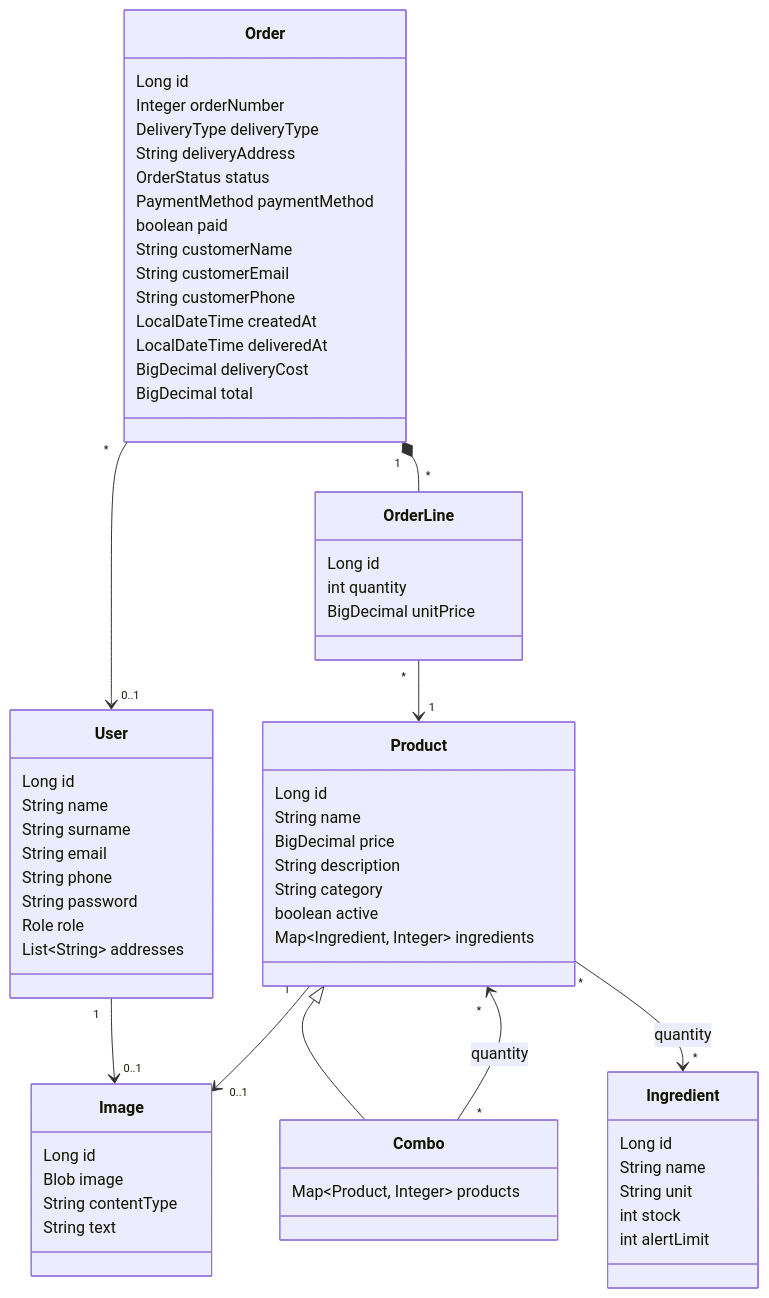
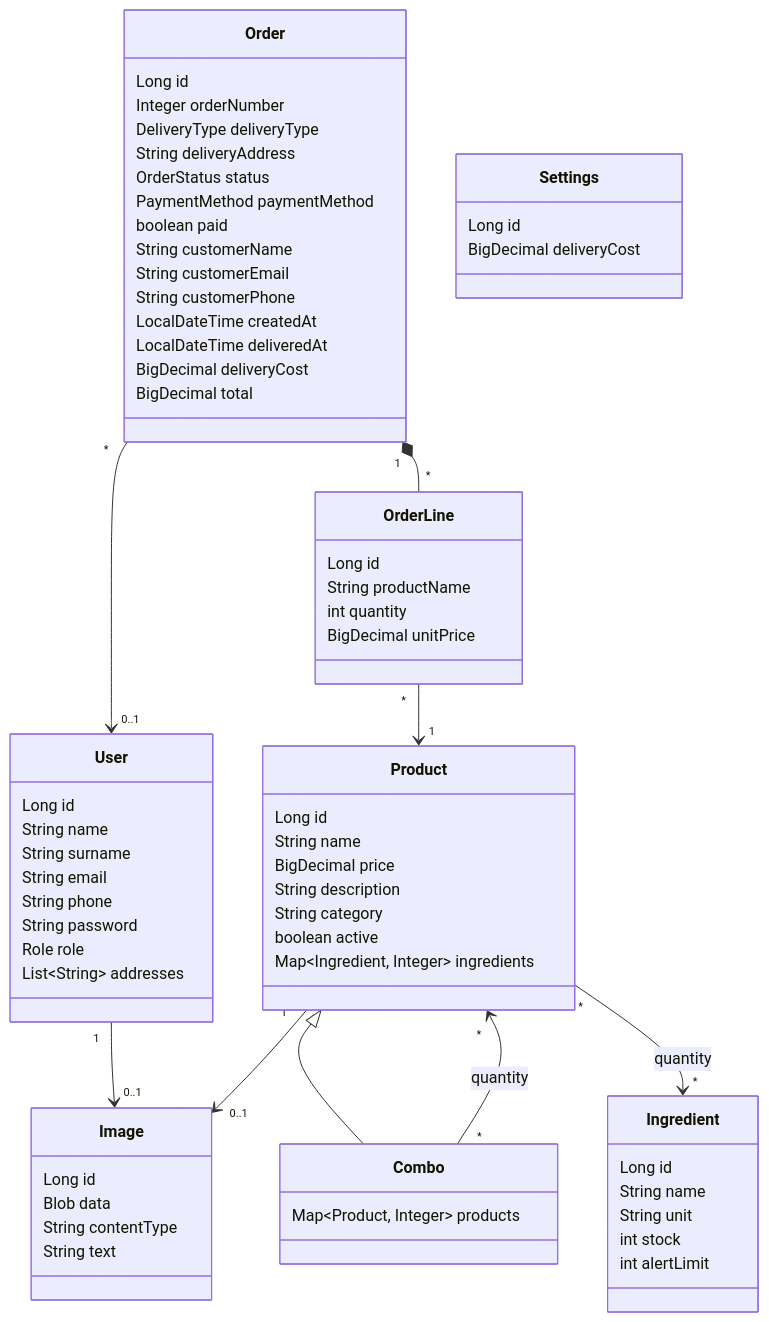
One commit to codeurjc-students/2026-Kombo changed the first of 3 diagrams in docs/development-guide.md. Above: the diagram before and after it, drawn with Mermaid. The commit also changed other lines of this file and 6 other files, not shown here.

First line of the commit message:
Document the cart, the checkout and the delivery cost settings

````diff
--- a/docs/development-guide.md
+++ b/docs/development-guide.md
@@ -77,68 +77,73 @@
 ```mermaid
 classDiagram
     class User {
         Long id
         String name
         String surname
         String email
         String phone
         String password
         Role role
         List~String~ addresses
     }
     class Image {
         Long id
-        Blob image
+        Blob data
         String contentType
         String text
     }
     class Ingredient {
         Long id
         String name
         String unit
         int stock
         int alertLimit
     }
     class Product {
         Long id
         String name
         BigDecimal price
         String description
         String category
         boolean active
         Map~Ingredient, Integer~ ingredients
     }
     class Combo {
         Map~Product, Integer~ products
     }
     class Order {
         Long id
         Integer orderNumber
         DeliveryType deliveryType
         String deliveryAddress
         OrderStatus status
         PaymentMethod paymentMethod
         boolean paid
         String customerName
         String customerEmail
         String customerPhone
         LocalDateTime createdAt
         LocalDateTime deliveredAt
         BigDecimal deliveryCost
         BigDecimal total
     }
     class OrderLine {
         Long id
+        String productName
         int quantity
         BigDecimal unitPrice
+    }
+    class Settings {
+        Long id
+        BigDecimal deliveryCost
     }
 
     Product <|-- Combo
     User "1" --> "0..1" Image
     Product "1" --> "0..1" Image
     Product "*" --> "*" Ingredient : quantity
     Combo "*" --> "*" Product : quantity
     Order "*" --> "0..1" User
     Order "1" *-- "*" OrderLine
     OrderLine "*" --> "1" Product
 ```
````
